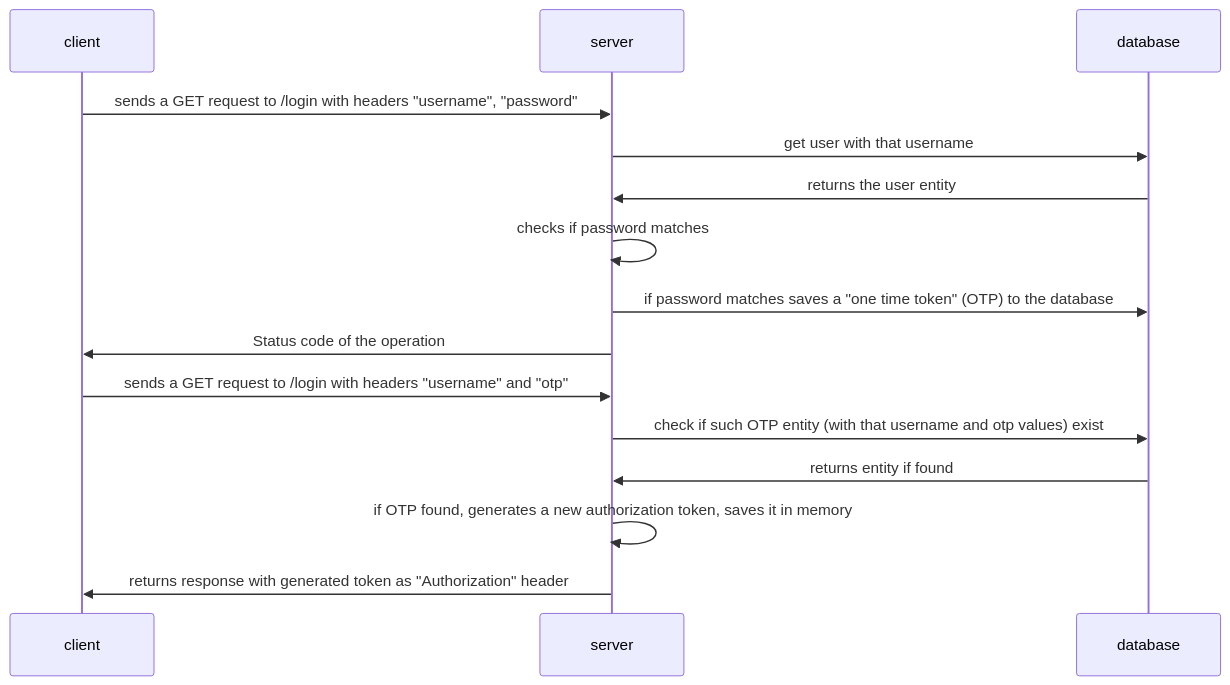
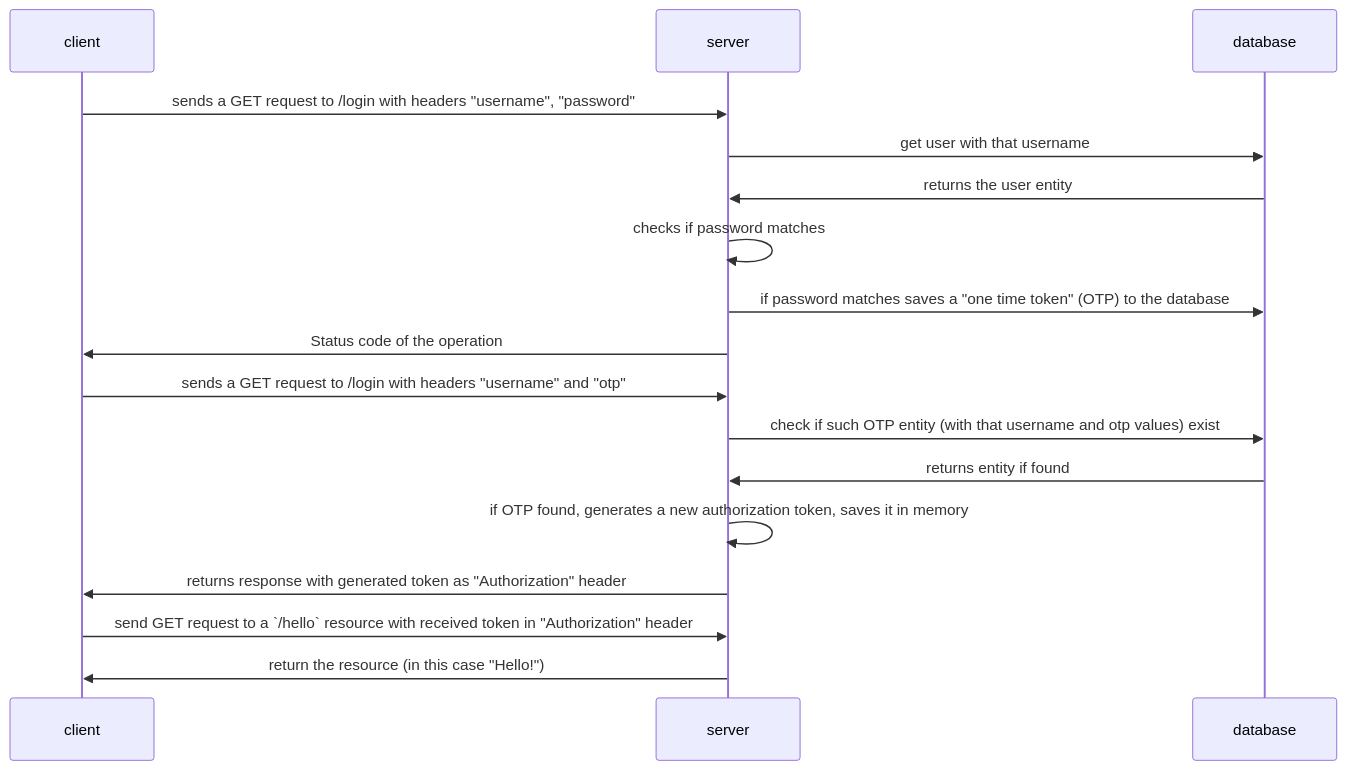
The diagram in README.md (asgarov1/spring_security_implementations), drawn with Mermaid before and after one commit. The commit also changed other lines of this file, not shown here.

````diff
--- a/README.md
+++ b/README.md
@@ -4,17 +4,19 @@
 ```mermaid
 sequenceDiagram
     participant client
     participant server
     participant database
     client->>server: sends a GET request to /login with headers "username", "password"
     server->>database: get user with that username
     database->>server: returns the user entity
     server->>server: checks if password matches
     server->>database: if password matches saves a "one time token" (OTP) to the database
     server->>client: Status code of the operation
     client->>server: sends a GET request to /login with headers "username" and "otp"
     server->>database: check if such OTP entity (with that username and otp values) exist
     database->>server: returns entity if found
     server->>server: if OTP found, generates a new authorization token, saves it in memory
     server->>client: returns response with generated token as "Authorization" header
+    client->>server: send GET request to a `/hello` resource with received token in "Authorization" header
+    server->>client: return the resource (in this case "Hello!")
 ```
````
